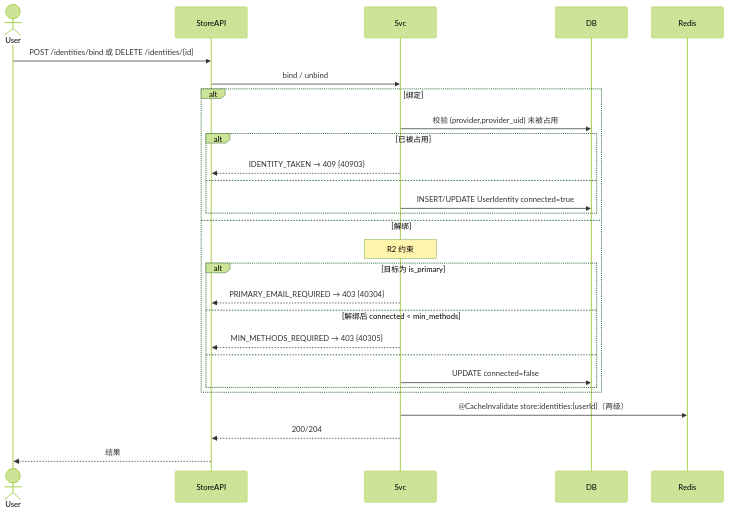
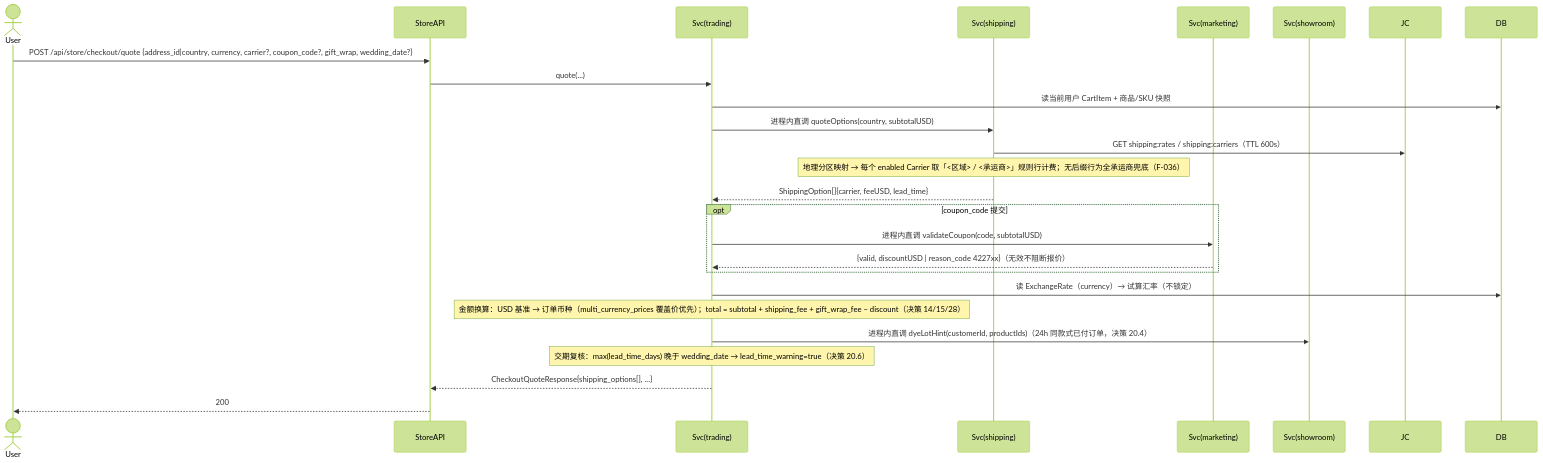
Before and after one commit to hptec/dreamy: the fifth of 20 diagrams in hhspec/specs/architecture/data-flow.md, drawn with Mermaid (forest theme). The commit also changed other lines of this file and 180 other files, not shown here.

````diff
--- a/hhspec/specs/architecture/data-flow.md
+++ b/hhspec/specs/architecture/data-flow.md
@@ -225,31 +231,29 @@
 ```mermaid
 sequenceDiagram
     actor User
     participant StoreAPI
-    participant Svc
+    participant Trading as Svc(trading)
+    participant Shipping as Svc(shipping)
+    participant Marketing as Svc(marketing)
+    participant Showroom as Svc(showroom)
+    participant JC
     participant DB
-    participant Redis
 
-    User->>StoreAPI: POST /identities/bind  或  DELETE /identities/{id}
-    StoreAPI->>Svc: bind / unbind
-    alt 绑定
-        Svc->>DB: 校验 (provider,provider_uid) 未被占用
-        alt 已被占用
-            Svc-->>StoreAPI: IDENTITY_TAKEN → 409 {40903}
-        else
-            Svc->>DB: INSERT/UPDATE UserIdentity connected=true
-        end
-    else 解绑
-        Note over Svc: R2 约束
-        alt 目标为 is_primary
-            Svc-->>StoreAPI: PRIMARY_EMAIL_REQUIRED → 403 {40304}
-        else 解绑后 connected < min_methods
-            Svc-->>StoreAPI: MIN_METHODS_REQUIRED → 403 {40305}
-        else
-            Svc->>DB: UPDATE connected=false
-        end
+    User->>StoreAPI: POST /api/store/checkout/quote {address_id|country, currency, carrier?, coupon_code?, gift_wrap, wedding_date?}
+    StoreAPI->>Trading: quote(...)
+    Trading->>DB: 读当前用户 CartItem + 商品/SKU 快照
+    Trading->>Shipping: 进程内直调 quoteOptions(country, subtotalUSD)
+    Shipping->>JC: GET shipping:rates / shipping:carriers（TTL 600s）
+    Note over Shipping: 地理分区映射 → 每个 enabled Carrier 取「<区域> / <承运商>」规则行计费；无后缀行为全承运商兜底（F-036）
+    Shipping-->>Trading: ShippingOption[]{carrier, feeUSD, lead_time}
+    opt coupon_code 提交
+        Trading->>Marketing: 进程内直调 validateCoupon(code, subtotalUSD)
+        Marketing-->>Trading: {valid, discountUSD | reason_code 4227xx}（无效不阻断报价）
     end
-    Svc->>Redis: @CacheInvalidate store:identities:{userId}（两级）
-    Svc-->>StoreAPI: 200/204
-    StoreAPI-->>User: 结果
+    Trading->>DB: 读 ExchangeRate（currency）→ 试算汇率（不锁定）
+    Note over Trading: 金额换算：USD 基准 → 订单币种（multi_currency_prices 覆盖价优先）；total = subtotal + shipping_fee + gift_wrap_fee − discount（决策 14/15/28）
+    Trading->>Showroom: 进程内直调 dyeLotHint(customerId, productIds)（24h 同款式已付订单，决策 20.4）
+    Note over Trading: 交期复核：max(lead_time_days) 晚于 wedding_date → lead_time_warning=true（决策 20.6）
+    Trading-->>StoreAPI: CheckoutQuoteResponse{shipping_options[], ...}
+    StoreAPI-->>User: 200
 ```
````
